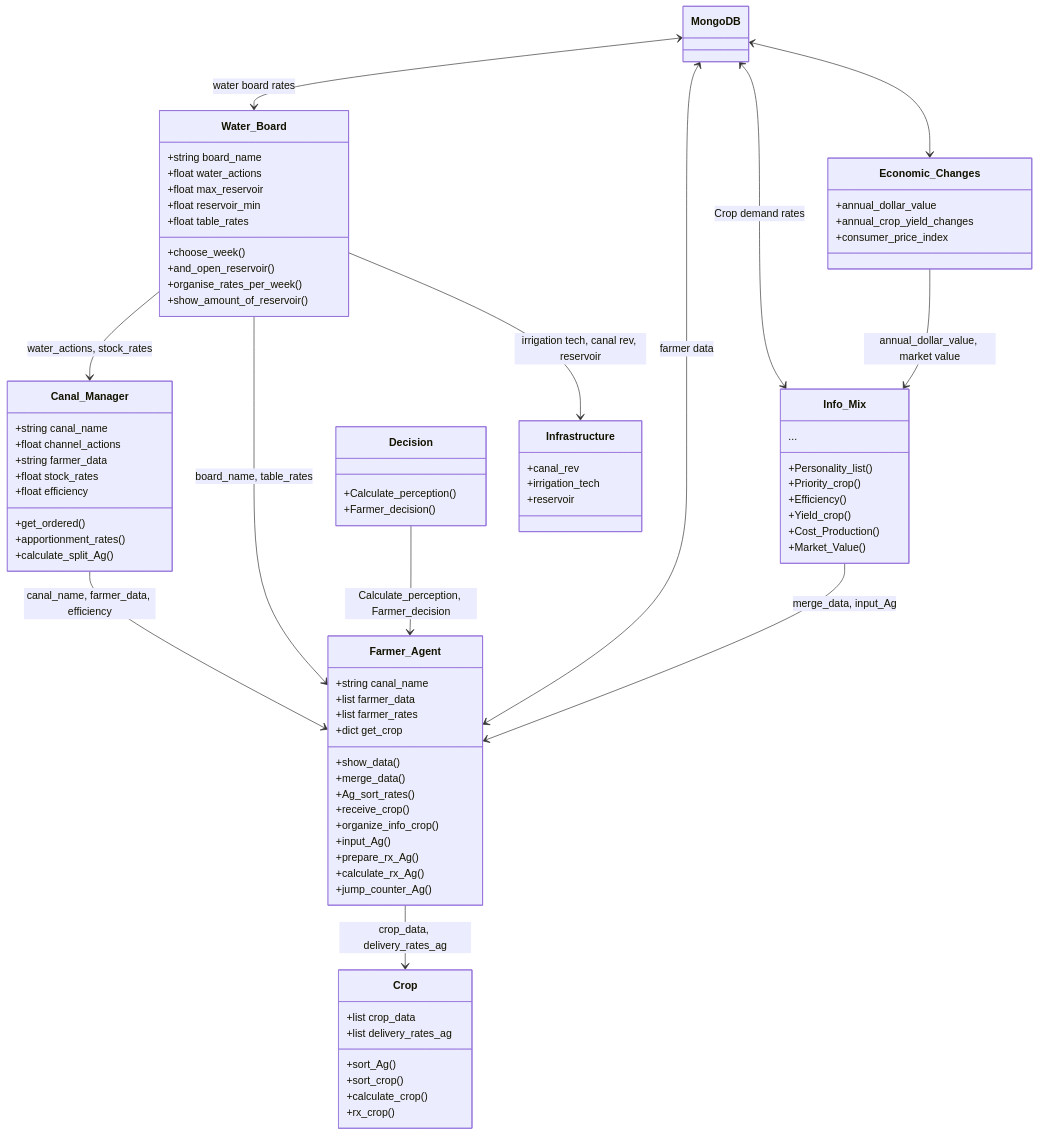
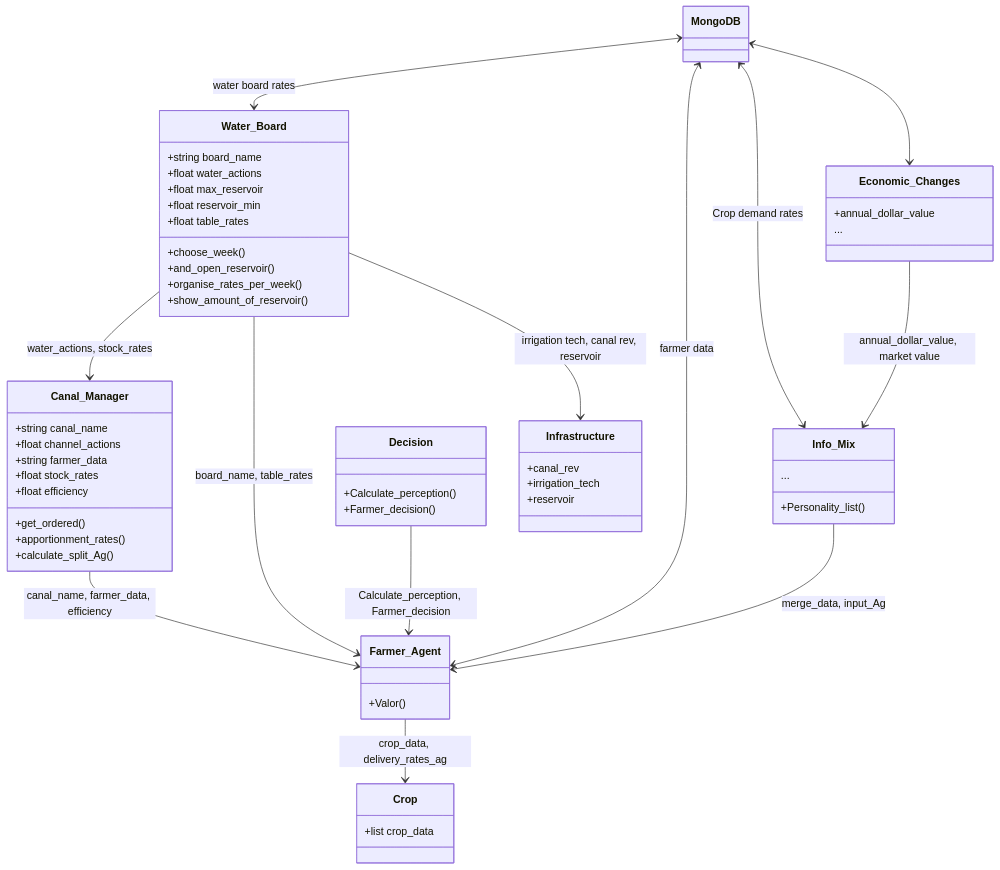
The diagram in README.md (Pablov81/Agrotopia), drawn with Mermaid before and after one commit.

```diff
--- a/README.md
+++ b/README.md
@@ -78,19 +78,7 @@
     }
 
     class Farmer_Agent {
-        +string canal_name
-        +list farmer_data
-        +list farmer_rates
-        +dict get_crop
-        +show_data()
-        +merge_data()
-        +Ag_sort_rates()
-        +receive_crop()
-        +organize_info_crop()
-        +input_Ag()
-        +prepare_rx_Ag()
-        +calculate_rx_Ag()
-        +jump_counter_Ag()
+        +Valor()
     }
 
     class Decision {
@@ -100,27 +88,16 @@
 
     class Crop {
         +list crop_data
-        +list delivery_rates_ag
-        +sort_Ag()
-        +sort_crop()
-        +calculate_crop()
-        +rx_crop()
     }
 
     class Info_Mix {
         +Personality_list()
-        +Priority_crop()
-        +Efficiency()
-        +Yield_crop()
-        +Cost_Production()
-        +Market_Value()
         ...
     }
 
     class Economic_Changes {
         +annual_dollar_value
-        +annual_crop_yield_changes
-        +consumer_price_index
+        ... 
     }
 
     MongoDB <--> Water_Board: water board rates
```
